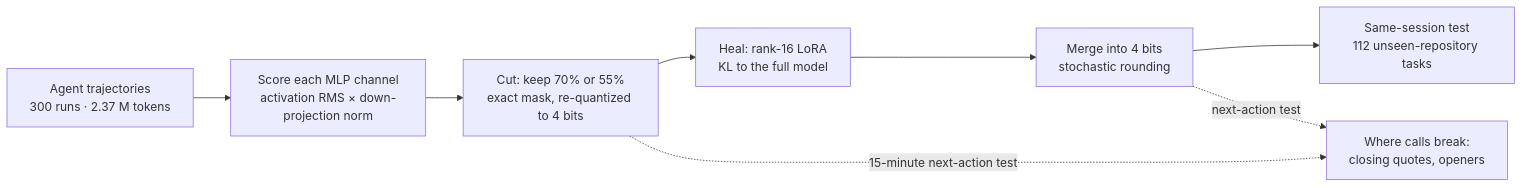
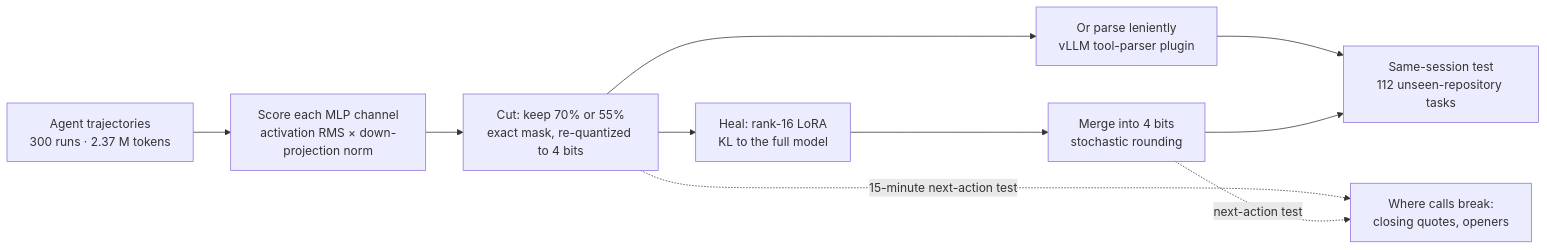
The diagram in README.md (wilmerhenao/under-the-clock), drawn with Mermaid before and after one commit. The commit also changed other lines of this file and 16 other files, not shown here.

First line of the commit message:
The tolerant tool-call parser on tasks; paper v9 with a legibility pass

````diff
--- a/README.md
+++ b/README.md
@@ -68,10 +72,12 @@
 ```mermaid
 flowchart LR
     T["Agent trajectories<br/>300 runs · 2.37 M tokens"] --> S["Score each MLP channel<br/>activation RMS × down-projection norm"]
     S --> C["Cut: keep 70% or 55%<br/>exact mask, re-quantized to 4 bits"]
     C --> H["Heal: rank-16 LoRA<br/>KL to the full model"]
+    C --> P["Or parse leniently<br/>vLLM tool-parser plugin"]
+    P --> E
     H --> M["Merge into 4 bits<br/>stochastic rounding"]
     M --> E["Same-session test<br/>112 unseen-repository tasks"]
     C -.->|15-minute next-action test| N["Where calls break:<br/>closing quotes, openers"]
     M -.->|next-action test| N
 ```
````
